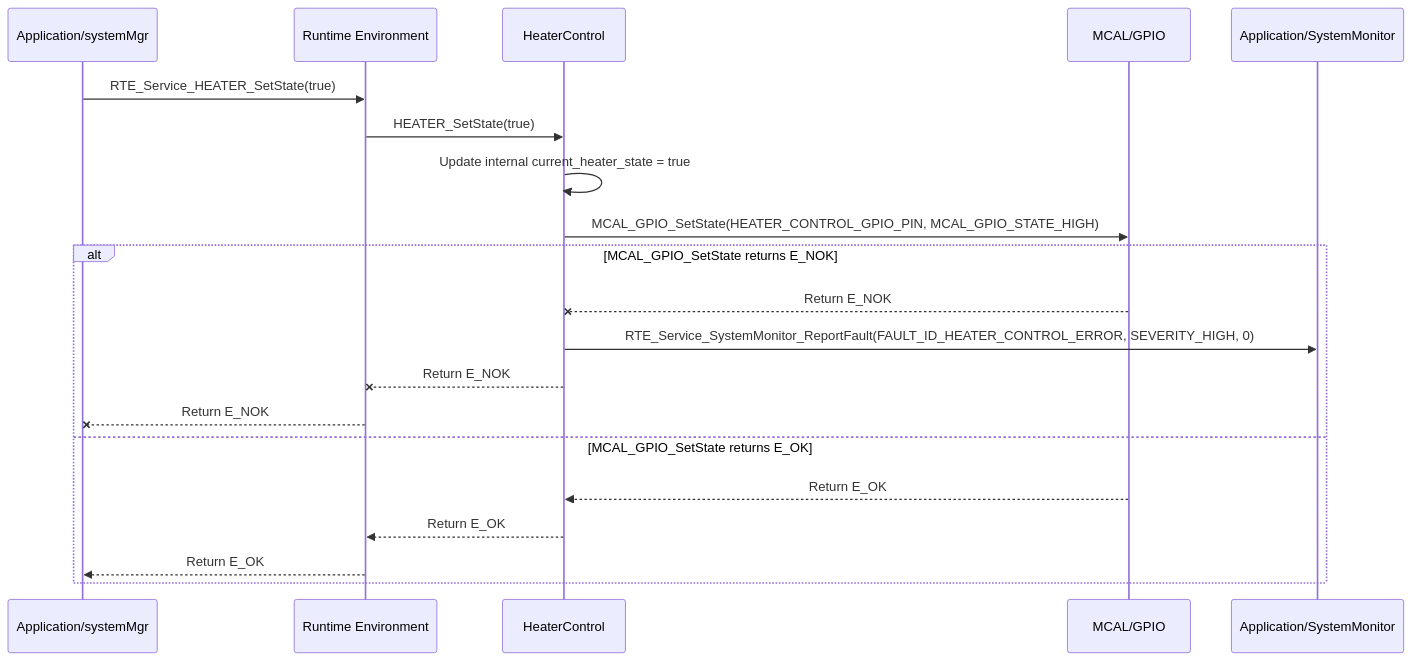
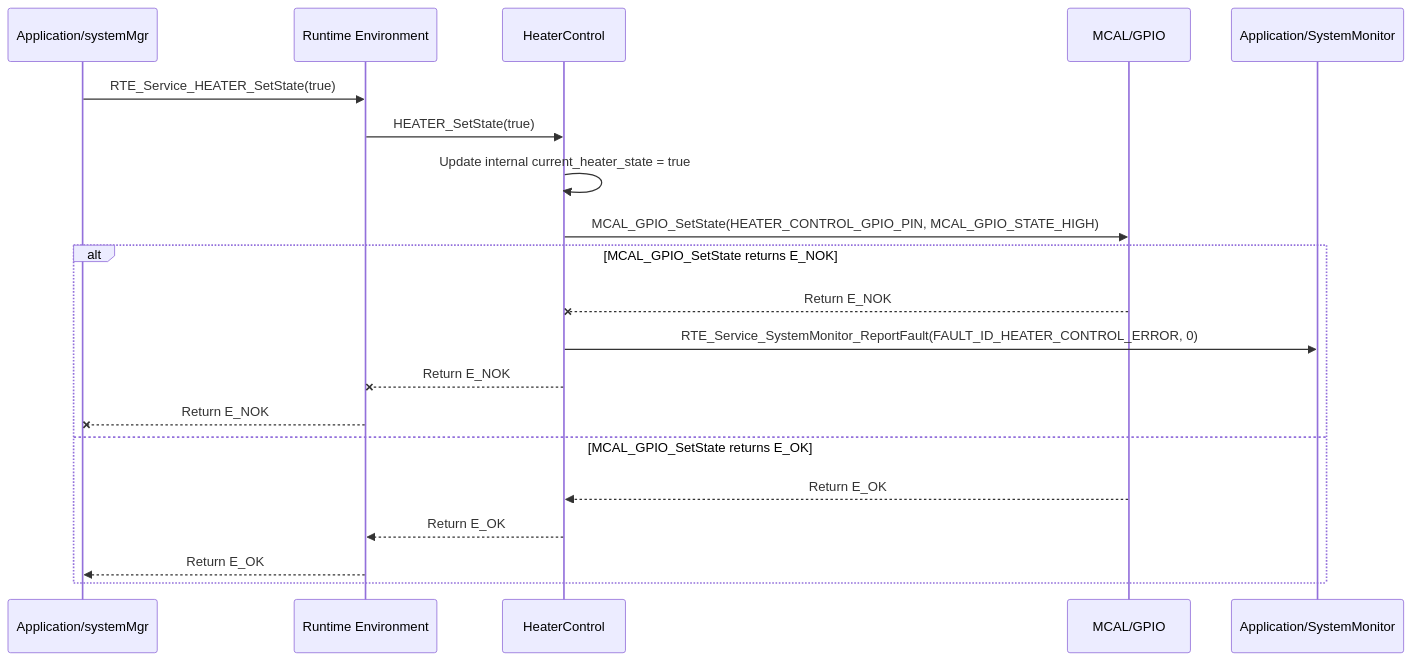
One commit to ashaker-2/Platform changed the diagram in Requiremets/Design/Application/HeaterControl.md. Above: the diagram before and after it, drawn with Mermaid. The commit also changed other lines of this file and 79 other files, not shown here.

````diff
--- a/Requiremets/Design/Application/HeaterControl.md
+++ b/Requiremets/Design/Application/HeaterControl.md
@@ -113,23 +115,23 @@
 ```mermaid
 sequenceDiagram  
     participant SystemMgr as Application/systemMgr  
     participant RTE as Runtime Environment  
     participant Heater as HeaterControl  
     participant MCAL_GPIO as MCAL/GPIO  
     participant SystemMonitor as Application/SystemMonitor
 
     SystemMgr->>RTE: RTE_Service_HEATER_SetState(true)  
     RTE->>Heater: HEATER_SetState(true)  
     Heater->>Heater: Update internal current_heater_state = true  
     Heater->>MCAL_GPIO: MCAL_GPIO_SetState(HEATER_CONTROL_GPIO_PIN, MCAL_GPIO_STATE_HIGH)  
     alt MCAL_GPIO_SetState returns E_NOK  
         MCAL_GPIO--xHeater: Return E_NOK  
-        Heater->>SystemMonitor: RTE_Service_SystemMonitor_ReportFault(FAULT_ID_HEATER_CONTROL_ERROR, SEVERITY_HIGH, 0)  
+        Heater->>SystemMonitor: RTE_Service_SystemMonitor_ReportFault(FAULT_ID_HEATER_CONTROL_ERROR,  0)  
         Heater--xRTE: Return E_NOK  
         RTE--xSystemMgr: Return E_NOK  
     else MCAL_GPIO_SetState returns E_OK  
         MCAL_GPIO-->>Heater: Return E_OK  
         Heater-->>RTE: Return E_OK  
         RTE-->>SystemMgr: Return E_OK  
     end
 ```
````
